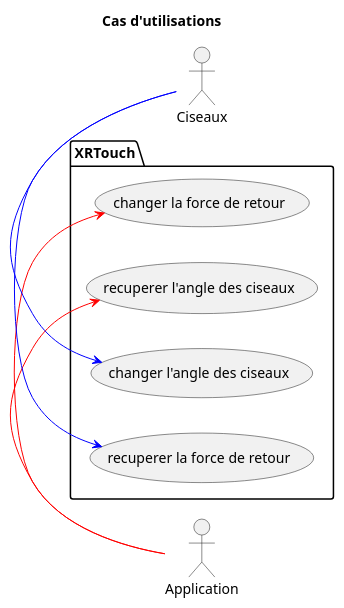
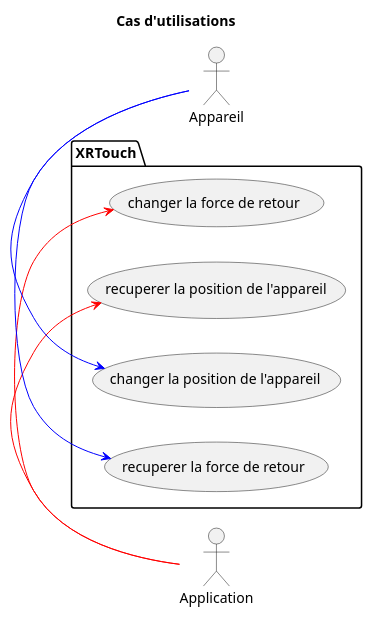
The diagram in cas_dutilisation.puml (XRTouch/XRTouch), drawn with PlantUML before and after one commit. The commit also changed 9 other files, not shown here.

Commit message:
ajoute de diagrammes

```diff
--- a/cas_dutilisation.puml
+++ b/cas_dutilisation.puml
@@ -1,21 +1,21 @@
 @startuml cas_dutilisations
 title Cas d'utilisations
 
 left to right direction
 
 actor Application as app
-actor Ciseaux as user
+actor Appareil as user
 
 package XRTouch {
     usecase "changer la force de retour" as hapticSend
     usecase "recuperer la force de retour" as hapticRecv
-    usecase "changer l'angle des ciseaux" as actionSend
-    usecase "recuperer l'angle des ciseaux" as actionRecv
+    usecase "changer la position de l'appareil" as actionSend
+    usecase "recuperer la position de l'appareil" as actionRecv
 }
 
 app -[#red]> hapticSend
 app -[#red]> actionRecv
 user -[#blue]> actionSend
 user -[#blue]> hapticRecv
 
 @enduml
```
